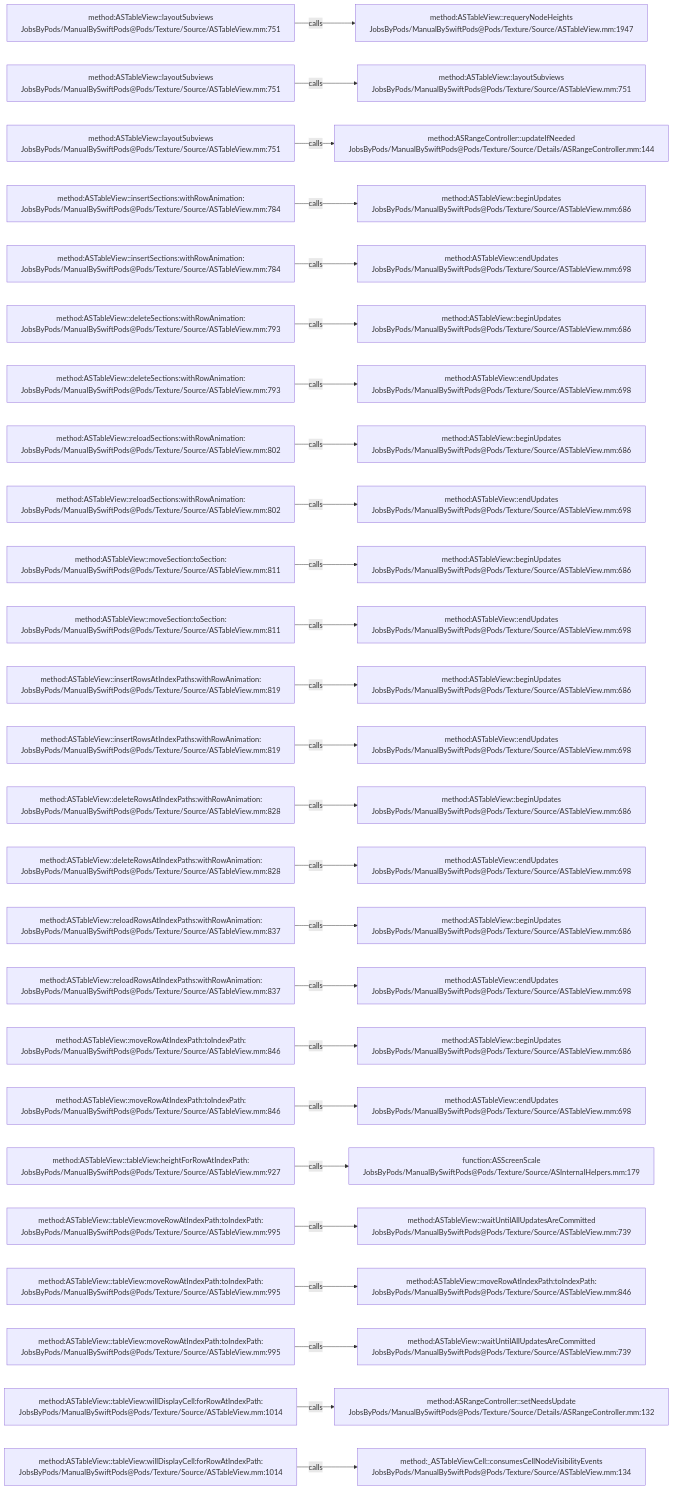
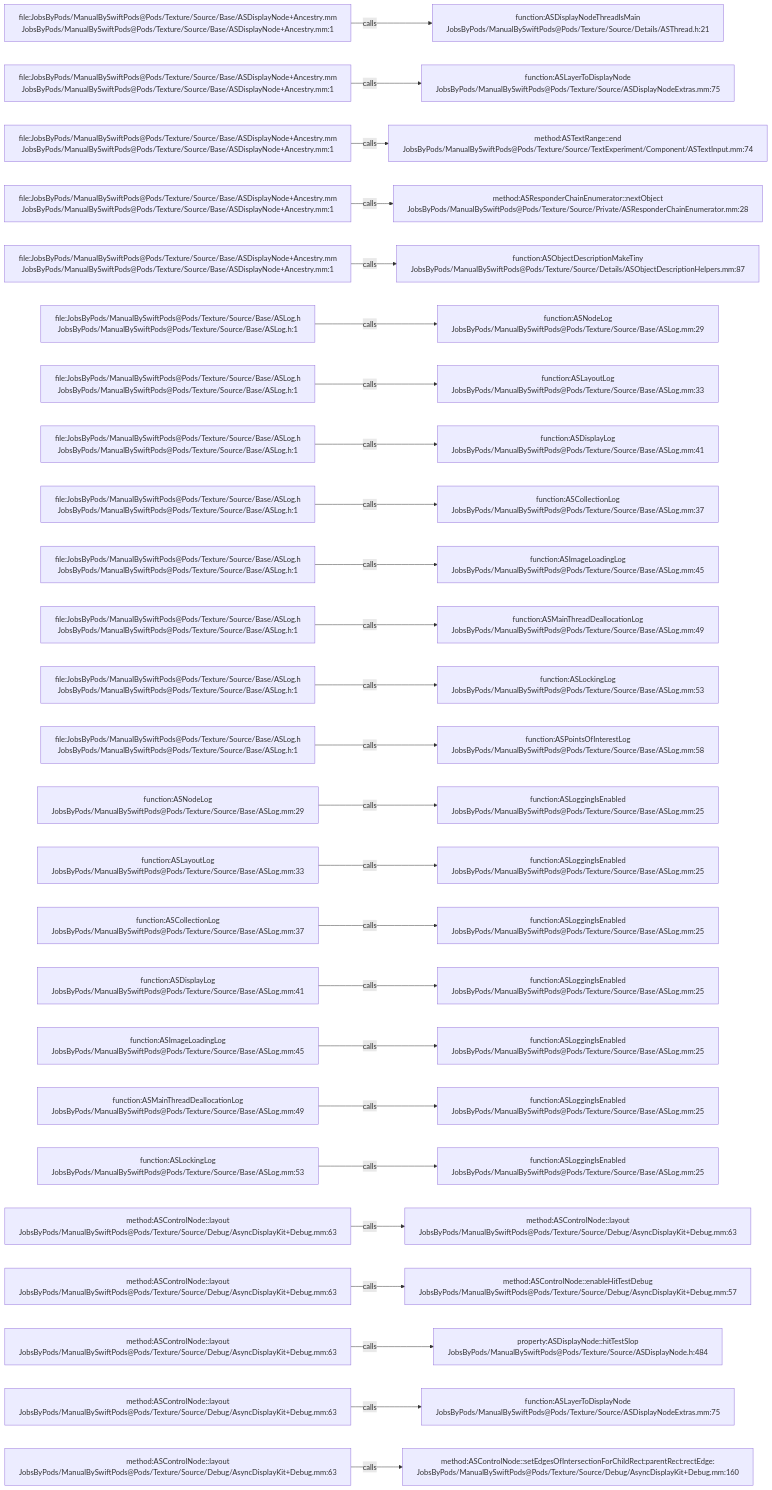
One commit to JobsKits/JobsSwiftBaseConfigDemo changed the diagram in .codegraph/codegraph.md/graphs/calls-079.md. Above: the diagram before and after it, drawn with Mermaid. The commit also changed 832 other files, not shown here.

````diff
--- a/.codegraph/codegraph.md/graphs/calls-079.md
+++ b/.codegraph/codegraph.md/graphs/calls-079.md
@@ -13,78 +13,78 @@
 ```mermaid
 flowchart LR
-  S1["method:ASTableView::layoutSubviews<br/>JobsByPods/ManualBySwiftPods@Pods/Texture/Source/ASTableView.mm:751"]
-  T1["method:ASTableView::requeryNodeHeights<br/>JobsByPods/ManualBySwiftPods@Pods/Texture/Source/ASTableView.mm:1947"]
+  S1["file:JobsByPods/ManualBySwiftPods@Pods/Texture/Source/Base/ASDisplayNode+Ancestry.mm<br/>JobsByPods/ManualBySwiftPods@Pods/Texture/Source/Base/ASDisplayNode+Ancestry.mm:1"]
+  T1["function:ASDisplayNodeThreadIsMain<br/>JobsByPods/ManualBySwiftPods@Pods/Texture/Source/Details/ASThread.h:21"]
   S1 -->|calls| T1
-  S2["method:ASTableView::layoutSubviews<br/>JobsByPods/ManualBySwiftPods@Pods/Texture/Source/ASTableView.mm:751"]
-  T2["method:ASTableView::layoutSubviews<br/>JobsByPods/ManualBySwiftPods@Pods/Texture/Source/ASTableView.mm:751"]
+  S2["file:JobsByPods/ManualBySwiftPods@Pods/Texture/Source/Base/ASDisplayNode+Ancestry.mm<br/>JobsByPods/ManualBySwiftPods@Pods/Texture/Source/Base/ASDisplayNode+Ancestry.mm:1"]
+  T2["function:ASLayerToDisplayNode<br/>JobsByPods/ManualBySwiftPods@Pods/Texture/Source/ASDisplayNodeExtras.mm:75"]
   S2 -->|calls| T2
-  S3["method:ASTableView::layoutSubviews<br/>JobsByPods/ManualBySwiftPods@Pods/Texture/Source/ASTableView.mm:751"]
-  T3["method:ASRangeController::updateIfNeeded<br/>JobsByPods/ManualBySwiftPods@Pods/Texture/Source/Details/ASRangeController.mm:144"]
+  S3["file:JobsByPods/ManualBySwiftPods@Pods/Texture/Source/Base/ASDisplayNode+Ancestry.mm<br/>JobsByPods/ManualBySwiftPods@Pods/Texture/Source/Base/ASDisplayNode+Ancestry.mm:1"]
+  T3["method:ASTextRange::end<br/>JobsByPods/ManualBySwiftPods@Pods/Texture/Source/TextExperiment/Component/ASTextInput.mm:74"]
   S3 -->|calls| T3
-  S4["method:ASTableView::insertSections:withRowAnimation:<br/>JobsByPods/ManualBySwiftPods@Pods/Texture/Source/ASTableView.mm:784"]
-  T4["method:ASTableView::beginUpdates<br/>JobsByPods/ManualBySwiftPods@Pods/Texture/Source/ASTableView.mm:686"]
+  S4["file:JobsByPods/ManualBySwiftPods@Pods/Texture/Source/Base/ASDisplayNode+Ancestry.mm<br/>JobsByPods/ManualBySwiftPods@Pods/Texture/Source/Base/ASDisplayNode+Ancestry.mm:1"]
+  T4["method:ASResponderChainEnumerator::nextObject<br/>JobsByPods/ManualBySwiftPods@Pods/Texture/Source/Private/ASResponderChainEnumerator.mm:28"]
   S4 -->|calls| T4
-  S5["method:ASTableView::insertSections:withRowAnimation:<br/>JobsByPods/ManualBySwiftPods@Pods/Texture/Source/ASTableView.mm:784"]
-  T5["method:ASTableView::endUpdates<br/>JobsByPods/ManualBySwiftPods@Pods/Texture/Source/ASTableView.mm:698"]
+  S5["file:JobsByPods/ManualBySwiftPods@Pods/Texture/Source/Base/ASDisplayNode+Ancestry.mm<br/>JobsByPods/ManualBySwiftPods@Pods/Texture/Source/Base/ASDisplayNode+Ancestry.mm:1"]
+  T5["function:ASObjectDescriptionMakeTiny<br/>JobsByPods/ManualBySwiftPods@Pods/Texture/Source/Details/ASObjectDescriptionHelpers.mm:87"]
   S5 -->|calls| T5
-  S6["method:ASTableView::deleteSections:withRowAnimation:<br/>JobsByPods/ManualBySwiftPods@Pods/Texture/Source/ASTableView.mm:793"]
-  T6["method:ASTableView::beginUpdates<br/>JobsByPods/ManualBySwiftPods@Pods/Texture/Source/ASTableView.mm:686"]
+  S6["file:JobsByPods/ManualBySwiftPods@Pods/Texture/Source/Base/ASLog.h<br/>JobsByPods/ManualBySwiftPods@Pods/Texture/Source/Base/ASLog.h:1"]
+  T6["function:ASNodeLog<br/>JobsByPods/ManualBySwiftPods@Pods/Texture/Source/Base/ASLog.mm:29"]
   S6 -->|calls| T6
-  S7["method:ASTableView::deleteSections:withRowAnimation:<br/>JobsByPods/ManualBySwiftPods@Pods/Texture/Source/ASTableView.mm:793"]
-  T7["method:ASTableView::endUpdates<br/>JobsByPods/ManualBySwiftPods@Pods/Texture/Source/ASTableView.mm:698"]
+  S7["file:JobsByPods/ManualBySwiftPods@Pods/Texture/Source/Base/ASLog.h<br/>JobsByPods/ManualBySwiftPods@Pods/Texture/Source/Base/ASLog.h:1"]
+  T7["function:ASLayoutLog<br/>JobsByPods/ManualBySwiftPods@Pods/Texture/Source/Base/ASLog.mm:33"]
   S7 -->|calls| T7
-  S8["method:ASTableView::reloadSections:withRowAnimation:<br/>JobsByPods/ManualBySwiftPods@Pods/Texture/Source/ASTableView.mm:802"]
-  T8["method:ASTableView::beginUpdates<br/>JobsByPods/ManualBySwiftPods@Pods/Texture/Source/ASTableView.mm:686"]
+  S8["file:JobsByPods/ManualBySwiftPods@Pods/Texture/Source/Base/ASLog.h<br/>JobsByPods/ManualBySwiftPods@Pods/Texture/Source/Base/ASLog.h:1"]
+  T8["function:ASDisplayLog<br/>JobsByPods/ManualBySwiftPods@Pods/Texture/Source/Base/ASLog.mm:41"]
   S8 -->|calls| T8
-  S9["method:ASTableView::reloadSections:withRowAnimation:<br/>JobsByPods/ManualBySwiftPods@Pods/Texture/Source/ASTableView.mm:802"]
-  T9["method:ASTableView::endUpdates<br/>JobsByPods/ManualBySwiftPods@Pods/Texture/Source/ASTableView.mm:698"]
+  S9["file:JobsByPods/ManualBySwiftPods@Pods/Texture/Source/Base/ASLog.h<br/>JobsByPods/ManualBySwiftPods@Pods/Texture/Source/Base/ASLog.h:1"]
+  T9["function:ASCollectionLog<br/>JobsByPods/ManualBySwiftPods@Pods/Texture/Source/Base/ASLog.mm:37"]
   S9 -->|calls| T9
-  S10["method:ASTableView::moveSection:toSection:<br/>JobsByPods/ManualBySwiftPods@Pods/Texture/Source/ASTableView.mm:811"]
-  T10["method:ASTableView::beginUpdates<br/>JobsByPods/ManualBySwiftPods@Pods/Texture/Source/ASTableView.mm:686"]
+  S10["file:JobsByPods/ManualBySwiftPods@Pods/Texture/Source/Base/ASLog.h<br/>JobsByPods/ManualBySwiftPods@Pods/Texture/Source/Base/ASLog.h:1"]
+  T10["function:ASImageLoadingLog<br/>JobsByPods/ManualBySwiftPods@Pods/Texture/Source/Base/ASLog.mm:45"]
   S10 -->|calls| T10
-  S11["method:ASTableView::moveSection:toSection:<br/>JobsByPods/ManualBySwiftPods@Pods/Texture/Source/ASTableView.mm:811"]
-  T11["method:ASTableView::endUpdates<br/>JobsByPods/ManualBySwiftPods@Pods/Texture/Source/ASTableView.mm:698"]
+  S11["file:JobsByPods/ManualBySwiftPods@Pods/Texture/Source/Base/ASLog.h<br/>JobsByPods/ManualBySwiftPods@Pods/Texture/Source/Base/ASLog.h:1"]
+  T11["function:ASMainThreadDeallocationLog<br/>JobsByPods/ManualBySwiftPods@Pods/Texture/Source/Base/ASLog.mm:49"]
   S11 -->|calls| T11
-  S12["method:ASTableView::insertRowsAtIndexPaths:withRowAnimation:<br/>JobsByPods/ManualBySwiftPods@Pods/Texture/Source/ASTableView.mm:819"]
-  T12["method:ASTableView::beginUpdates<br/>JobsByPods/ManualBySwiftPods@Pods/Texture/Source/ASTableView.mm:686"]
+  S12["file:JobsByPods/ManualBySwiftPods@Pods/Texture/Source/Base/ASLog.h<br/>JobsByPods/ManualBySwiftPods@Pods/Texture/Source/Base/ASLog.h:1"]
+  T12["function:ASLockingLog<br/>JobsByPods/ManualBySwiftPods@Pods/Texture/Source/Base/ASLog.mm:53"]
   S12 -->|calls| T12
-  S13["method:ASTableView::insertRowsAtIndexPaths:withRowAnimation:<br/>JobsByPods/ManualBySwiftPods@Pods/Texture/Source/ASTableView.mm:819"]
-  T13["method:ASTableView::endUpdates<br/>JobsByPods/ManualBySwiftPods@Pods/Texture/Source/ASTableView.mm:698"]
+  S13["file:JobsByPods/ManualBySwiftPods@Pods/Texture/Source/Base/ASLog.h<br/>JobsByPods/ManualBySwiftPods@Pods/Texture/Source/Base/ASLog.h:1"]
+  T13["function:ASPointsOfInterestLog<br/>JobsByPods/ManualBySwiftPods@Pods/Texture/Source/Base/ASLog.mm:58"]
   S13 -->|calls| T13
-  S14["method:ASTableView::deleteRowsAtIndexPaths:withRowAnimation:<br/>JobsByPods/ManualBySwiftPods@Pods/Texture/Source/ASTableView.mm:828"]
-  T14["method:ASTableView::beginUpdates<br/>JobsByPods/ManualBySwiftPods@Pods/Texture/Source/ASTableView.mm:686"]
+  S14["function:ASNodeLog<br/>JobsByPods/ManualBySwiftPods@Pods/Texture/Source/Base/ASLog.mm:29"]
+  T14["function:ASLoggingIsEnabled<br/>JobsByPods/ManualBySwiftPods@Pods/Texture/Source/Base/ASLog.mm:25"]
   S14 -->|calls| T14
-  S15["method:ASTableView::deleteRowsAtIndexPaths:withRowAnimation:<br/>JobsByPods/ManualBySwiftPods@Pods/Texture/Source/ASTableView.mm:828"]
-  T15["method:ASTableView::endUpdates<br/>JobsByPods/ManualBySwiftPods@Pods/Texture/Source/ASTableView.mm:698"]
+  S15["function:ASLayoutLog<br/>JobsByPods/ManualBySwiftPods@Pods/Texture/Source/Base/ASLog.mm:33"]
+  T15["function:ASLoggingIsEnabled<br/>JobsByPods/ManualBySwiftPods@Pods/Texture/Source/Base/ASLog.mm:25"]
   S15 -->|calls| T15
-  S16["method:ASTableView::reloadRowsAtIndexPaths:withRowAnimation:<br/>JobsByPods/ManualBySwiftPods@Pods/Texture/Source/ASTableView.mm:837"]
-  T16["method:ASTableView::beginUpdates<br/>JobsByPods/ManualBySwiftPods@Pods/Texture/Source/ASTableView.mm:686"]
+  S16["function:ASCollectionLog<br/>JobsByPods/ManualBySwiftPods@Pods/Texture/Source/Base/ASLog.mm:37"]
+  T16["function:ASLoggingIsEnabled<br/>JobsByPods/ManualBySwiftPods@Pods/Texture/Source/Base/ASLog.mm:25"]
   S16 -->|calls| T16
-  S17["method:ASTableView::reloadRowsAtIndexPaths:withRowAnimation:<br/>JobsByPods/ManualBySwiftPods@Pods/Texture/Source/ASTableView.mm:837"]
-  T17["method:ASTableView::endUpdates<br/>JobsByPods/ManualBySwiftPods@Pods/Texture/Source/ASTableView.mm:698"]
+  S17["function:ASDisplayLog<br/>JobsByPods/ManualBySwiftPods@Pods/Texture/Source/Base/ASLog.mm:41"]
+  T17["function:ASLoggingIsEnabled<br/>JobsByPods/ManualBySwiftPods@Pods/Texture/Source/Base/ASLog.mm:25"]
   S17 -->|calls| T17
-  S18["method:ASTableView::moveRowAtIndexPath:toIndexPath:<br/>JobsByPods/ManualBySwiftPods@Pods/Texture/Source/ASTableView.mm:846"]
-  T18["method:ASTableView::beginUpdates<br/>JobsByPods/ManualBySwiftPods@Pods/Texture/Source/ASTableView.mm:686"]
+  S18["function:ASImageLoadingLog<br/>JobsByPods/ManualBySwiftPods@Pods/Texture/Source/Base/ASLog.mm:45"]
+  T18["function:ASLoggingIsEnabled<br/>JobsByPods/ManualBySwiftPods@Pods/Texture/Source/Base/ASLog.mm:25"]
   S18 -->|calls| T18
-  S19["method:ASTableView::moveRowAtIndexPath:toIndexPath:<br/>JobsByPods/ManualBySwiftPods@Pods/Texture/Source/ASTableView.mm:846"]
-  T19["method:ASTableView::endUpdates<br/>JobsByPods/ManualBySwiftPods@Pods/Texture/Source/ASTableView.mm:698"]
+  S19["function:ASMainThreadDeallocationLog<br/>JobsByPods/ManualBySwiftPods@Pods/Texture/Source/Base/ASLog.mm:49"]
+  T19["function:ASLoggingIsEnabled<br/>JobsByPods/ManualBySwiftPods@Pods/Texture/Source/Base/ASLog.mm:25"]
   S19 -->|calls| T19
-  S20["method:ASTableView::tableView:heightForRowAtIndexPath:<br/>JobsByPods/ManualBySwiftPods@Pods/Texture/Source/ASTableView.mm:927"]
-  T20["function:ASScreenScale<br/>JobsByPods/ManualBySwiftPods@Pods/Texture/Source/ASInternalHelpers.mm:179"]
+  S20["function:ASLockingLog<br/>JobsByPods/ManualBySwiftPods@Pods/Texture/Source/Base/ASLog.mm:53"]
+  T20["function:ASLoggingIsEnabled<br/>JobsByPods/ManualBySwiftPods@Pods/Texture/Source/Base/ASLog.mm:25"]
   S20 -->|calls| T20
-  S21["method:ASTableView::tableView:moveRowAtIndexPath:toIndexPath:<br/>JobsByPods/ManualBySwiftPods@Pods/Texture/Source/ASTableView.mm:995"]
-  T21["method:ASTableView::waitUntilAllUpdatesAreCommitted<br/>JobsByPods/ManualBySwiftPods@Pods/Texture/Source/ASTableView.mm:739"]
+  S21["method:ASControlNode::layout<br/>JobsByPods/ManualBySwiftPods@Pods/Texture/Source/Debug/AsyncDisplayKit+Debug.mm:63"]
+  T21["method:ASControlNode::layout<br/>JobsByPods/ManualBySwiftPods@Pods/Texture/Source/Debug/AsyncDisplayKit+Debug.mm:63"]
   S21 -->|calls| T21
-  S22["method:ASTableView::tableView:moveRowAtIndexPath:toIndexPath:<br/>JobsByPods/ManualBySwiftPods@Pods/Texture/Source/ASTableView.mm:995"]
-  T22["method:ASTableView::moveRowAtIndexPath:toIndexPath:<br/>JobsByPods/ManualBySwiftPods@Pods/Texture/Source/ASTableView.mm:846"]
+  S22["method:ASControlNode::layout<br/>JobsByPods/ManualBySwiftPods@Pods/Texture/Source/Debug/AsyncDisplayKit+Debug.mm:63"]
+  T22["method:ASControlNode::enableHitTestDebug<br/>JobsByPods/ManualBySwiftPods@Pods/Texture/Source/Debug/AsyncDisplayKit+Debug.mm:57"]
   S22 -->|calls| T22
-  S23["method:ASTableView::tableView:moveRowAtIndexPath:toIndexPath:<br/>JobsByPods/ManualBySwiftPods@Pods/Texture/Source/ASTableView.mm:995"]
-  T23["method:ASTableView::waitUntilAllUpdatesAreCommitted<br/>JobsByPods/ManualBySwiftPods@Pods/Texture/Source/ASTableView.mm:739"]
+  S23["method:ASControlNode::layout<br/>JobsByPods/ManualBySwiftPods@Pods/Texture/Source/Debug/AsyncDisplayKit+Debug.mm:63"]
+  T23["property:ASDisplayNode::hitTestSlop<br/>JobsByPods/ManualBySwiftPods@Pods/Texture/Source/ASDisplayNode.h:484"]
   S23 -->|calls| T23
-  S24["method:ASTableView::tableView:willDisplayCell:forRowAtIndexPath:<br/>JobsByPods/ManualBySwiftPods@Pods/Texture/Source/ASTableView.mm:1014"]
-  T24["method:ASRangeController::setNeedsUpdate<br/>JobsByPods/ManualBySwiftPods@Pods/Texture/Source/Details/ASRangeController.mm:132"]
+  S24["method:ASControlNode::layout<br/>JobsByPods/ManualBySwiftPods@Pods/Texture/Source/Debug/AsyncDisplayKit+Debug.mm:63"]
+  T24["function:ASLayerToDisplayNode<br/>JobsByPods/ManualBySwiftPods@Pods/Texture/Source/ASDisplayNodeExtras.mm:75"]
   S24 -->|calls| T24
-  S25["method:ASTableView::tableView:willDisplayCell:forRowAtIndexPath:<br/>JobsByPods/ManualBySwiftPods@Pods/Texture/Source/ASTableView.mm:1014"]
-  T25["method:_ASTableViewCell::consumesCellNodeVisibilityEvents<br/>JobsByPods/ManualBySwiftPods@Pods/Texture/Source/ASTableView.mm:134"]
+  S25["method:ASControlNode::layout<br/>JobsByPods/ManualBySwiftPods@Pods/Texture/Source/Debug/AsyncDisplayKit+Debug.mm:63"]
+  T25["method:ASControlNode::setEdgesOfIntersectionForChildRect:parentRect:rectEdge:<br/>JobsByPods/ManualBySwiftPods@Pods/Texture/Source/Debug/AsyncDisplayKit+Debug.mm:160"]
   S25 -->|calls| T25
 ```
````
